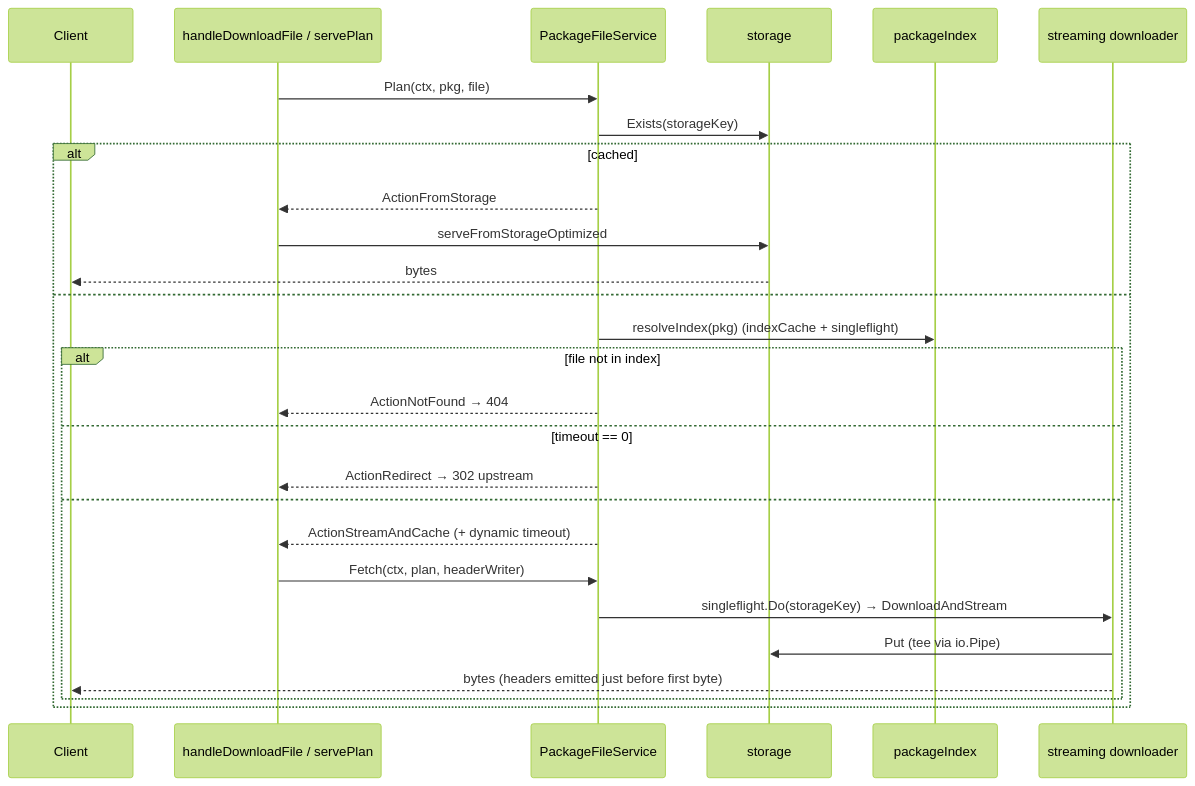
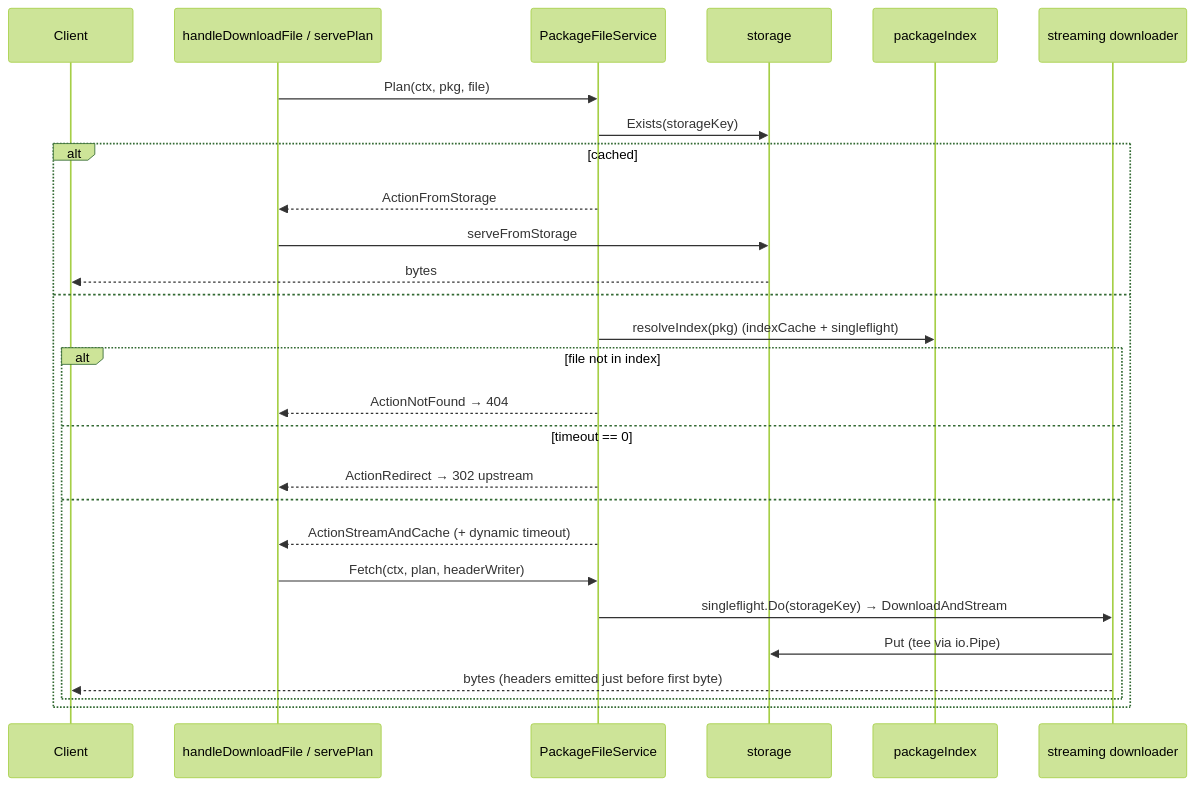
The third of 4 diagrams in docs/architecture.md (huyhandes/groxpi), drawn with Mermaid (forest theme) before and after one commit. The commit also changed other lines of this file and 5 other files, not shown here.

````diff
--- a/docs/architecture.md
+++ b/docs/architecture.md
@@ -99,29 +108,29 @@
 ```mermaid
 sequenceDiagram
   participant C as Client
   participant H as handleDownloadFile / servePlan
   participant PFS as PackageFileService
   participant ST as storage
   participant PY as packageIndex
   participant STR as streaming downloader
   H->>PFS: Plan(ctx, pkg, file)
   PFS->>ST: Exists(storageKey)
   alt cached
     PFS-->>H: ActionFromStorage
-    H->>ST: serveFromStorageOptimized
+    H->>ST: serveFromStorage
     ST-->>C: bytes
   else
     PFS->>PY: resolveIndex(pkg) (indexCache + singleflight)
     alt file not in index
       PFS-->>H: ActionNotFound → 404
     else timeout == 0
       PFS-->>H: ActionRedirect → 302 upstream
     else
       PFS-->>H: ActionStreamAndCache (+ dynamic timeout)
       H->>PFS: Fetch(ctx, plan, headerWriter)
       PFS->>STR: singleflight.Do(storageKey) → DownloadAndStream
       STR->>ST: Put (tee via io.Pipe)
       STR-->>C: bytes (headers emitted just before first byte)
     end
   end
 ```
````
